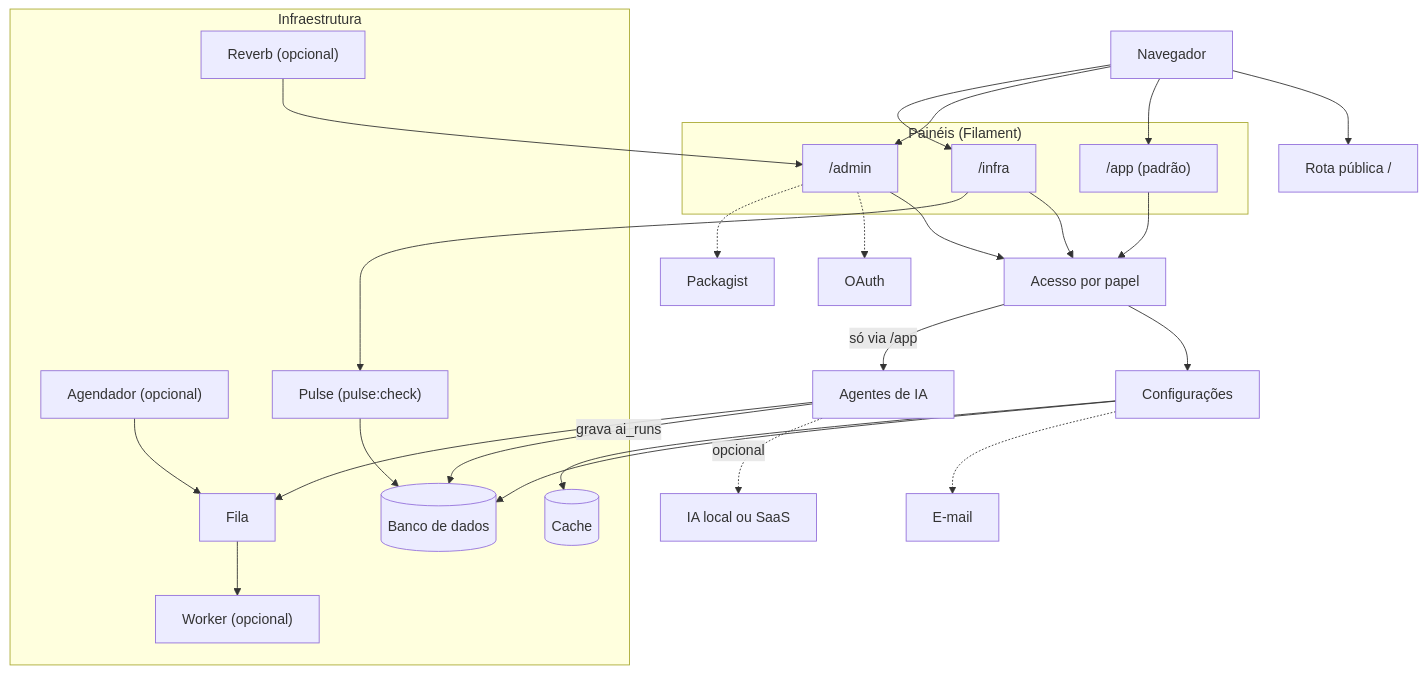
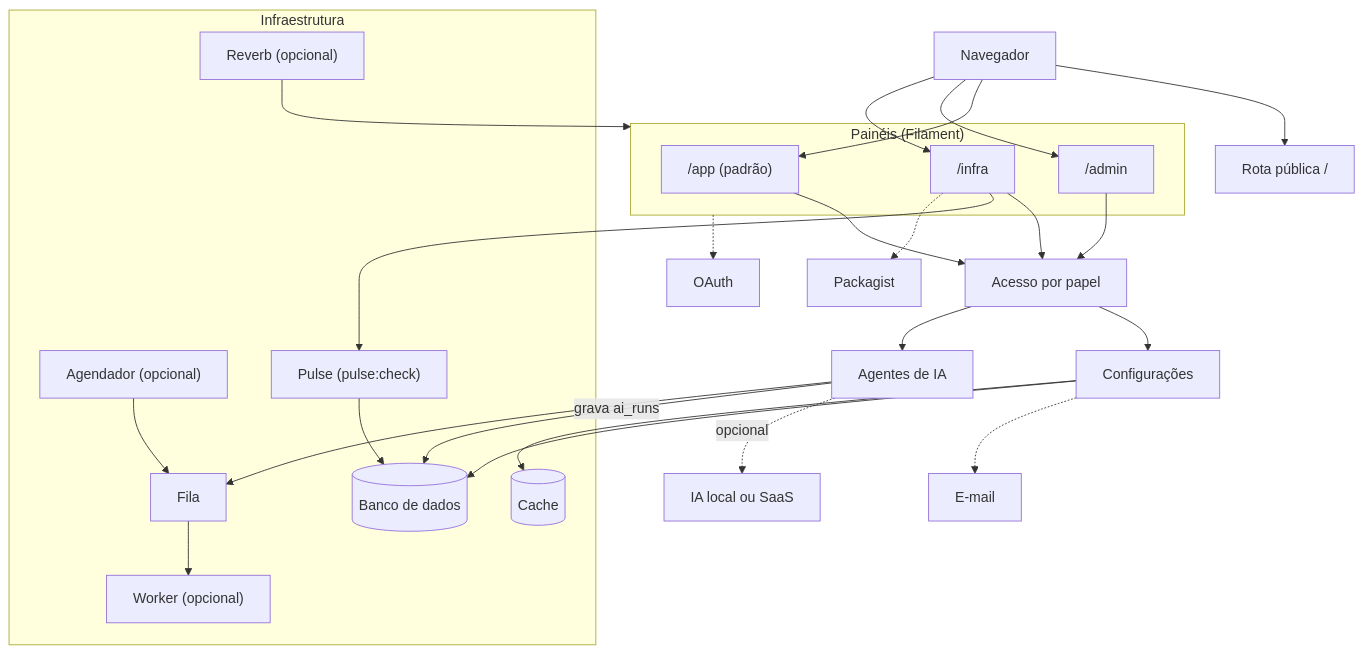
The diagram in README.md (gsferro/filament-starter-kit-easy), drawn with Mermaid before and after one commit. The commit also changed other lines of this file and 7 other files, not shown here.

First line of the commit message:
:bug: fix(docs): quatro diagramas que afirmavam o que o codigo nao faz

````diff
--- a/README.md
+++ b/README.md
@@ -126,42 +126,42 @@
 ```mermaid
 flowchart TD
 %% DG-01
 accTitle: Arquitetura em camadas
 accDescr: Do navegador aos três painéis Filament, pelo acesso por papel, até banco, fila, cache e os serviços opcionais.
   navegador[Navegador] --> rota_publica["Rota pública /"]
   navegador --> painel_app
   navegador --> painel_admin
   navegador --> painel_infra
   subgraph camada_paineis ["Painéis (Filament)"]
     painel_app["/app (padrão)"]
     painel_admin["/admin"]
     painel_infra["/infra"]
   end
   painel_app --> acesso_por_papel[Acesso por papel]
   painel_admin --> acesso_por_papel
   painel_infra --> acesso_por_papel
   acesso_por_papel --> configuracoes[Configurações]
-  acesso_por_papel -->|"só via /app"| agentes_ia[Agentes de IA]
+  acesso_por_papel --> agentes_ia[Agentes de IA]
   subgraph camada_infra ["Infraestrutura"]
     banco[("Banco de dados")]
     fila[Fila]
     cache[("Cache")]
     worker["Worker (opcional)"]
     agendador["Agendador (opcional)"]
     reverb["Reverb (opcional)"]
     pulse["Pulse (pulse:check)"]
   end
   configuracoes --> banco
   configuracoes --> cache
   agentes_ia -->|"grava ai_runs"| banco
   agentes_ia --> fila
   fila --> worker
   agendador --> fila
-  reverb --> painel_admin
+  reverb --> camada_paineis
   painel_infra --> pulse
   pulse --> banco
   agentes_ia -.->|"opcional"| ia_externa["IA local ou SaaS"]
-  painel_admin -.-> oauth["OAuth"]
+  camada_paineis -.-> oauth["OAuth"]
   configuracoes -.-> email_externo["E-mail"]
-  painel_admin -.-> packagist["Packagist"]
+  painel_infra -.-> packagist["Packagist"]
 ```
````
